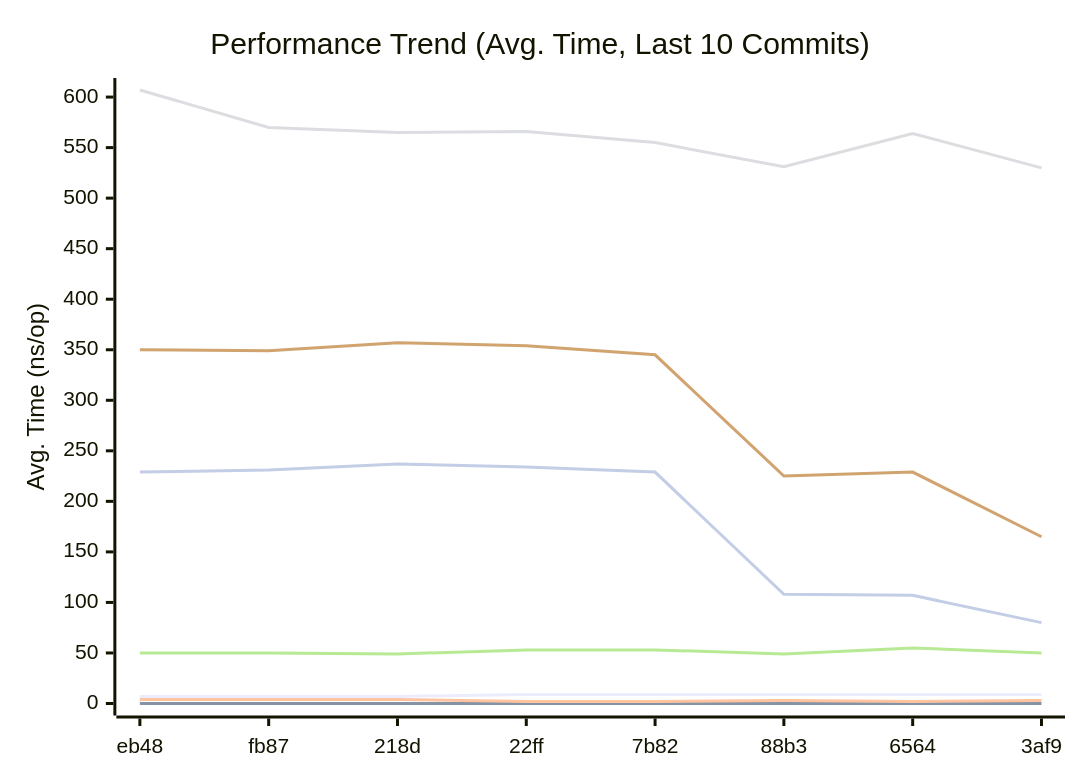
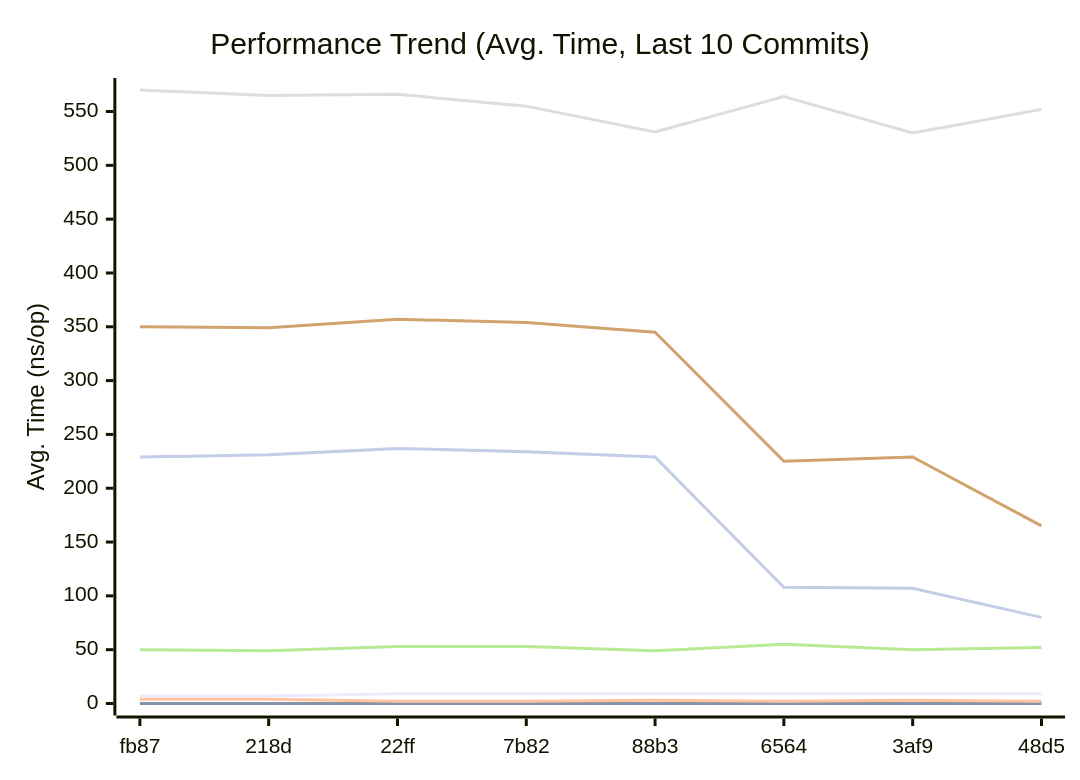
The first of 3 diagrams in doc/README.md (alsotoes/momo), drawn with Mermaid before and after one commit. The commit also changed other lines of this file and 1 other file, not shown here.

````diff
--- a/doc/README.md
+++ b/doc/README.md
@@ -296,14 +296,14 @@
 ```mermaid
 xychart-beta
     title "Performance Trend (Avg. Time, Last 10 Commits)"
     x-axis "Commit"
     y-axis "Avg. Time (ns/op)"
-    x-axis [eb48,fb87,218d,22ff,7b82,88b3,6564,3af9]
-    line "CheckMetricsAndSwap" [7,7,7,9,9,9,9,9,9,9]
+    x-axis [fb87,218d,22ff,7b82,88b3,6564,3af9,48d5]
+    line "CheckMetricsAndSwap" [7,7,9,9,9,9,9,9,9,9]
     line "IndexDirectTracking" [0,0,0,0,0,0,0,0,0,0]
-    line "IndexSearch" [4,4,4,2,2,3,2,3,2,2]
-    line "LoadGlobalConfig" [607,570,565,566,555,531,564,530,552,558]
-    line "PadString" [50,50,49,53,53,49,55,50,52,53]
+    line "IndexSearch" [4,4,2,2,3,2,3,2,2,3]
+    line "LoadGlobalConfig" [570,565,566,555,531,564,530,552,558,522]
+    line "PadString" [50,49,53,53,49,55,50,52,53,50]
     line "ParseReplicationOrder_NoPrealloc" [350,349,357,354,345,225,229,165,232,234]
     line "ParseReplicationOrder_Prealloc" [229,231,237,234,229,108,107,80,110,109]
 ```
````
